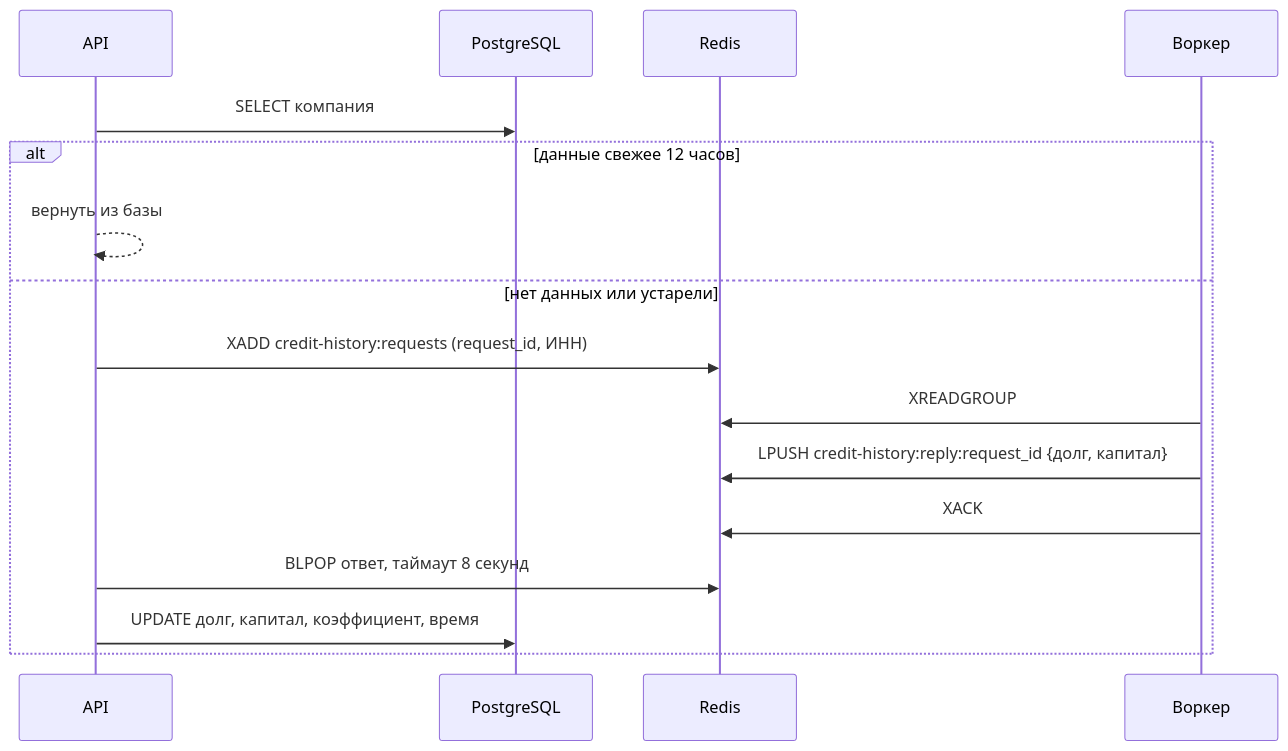
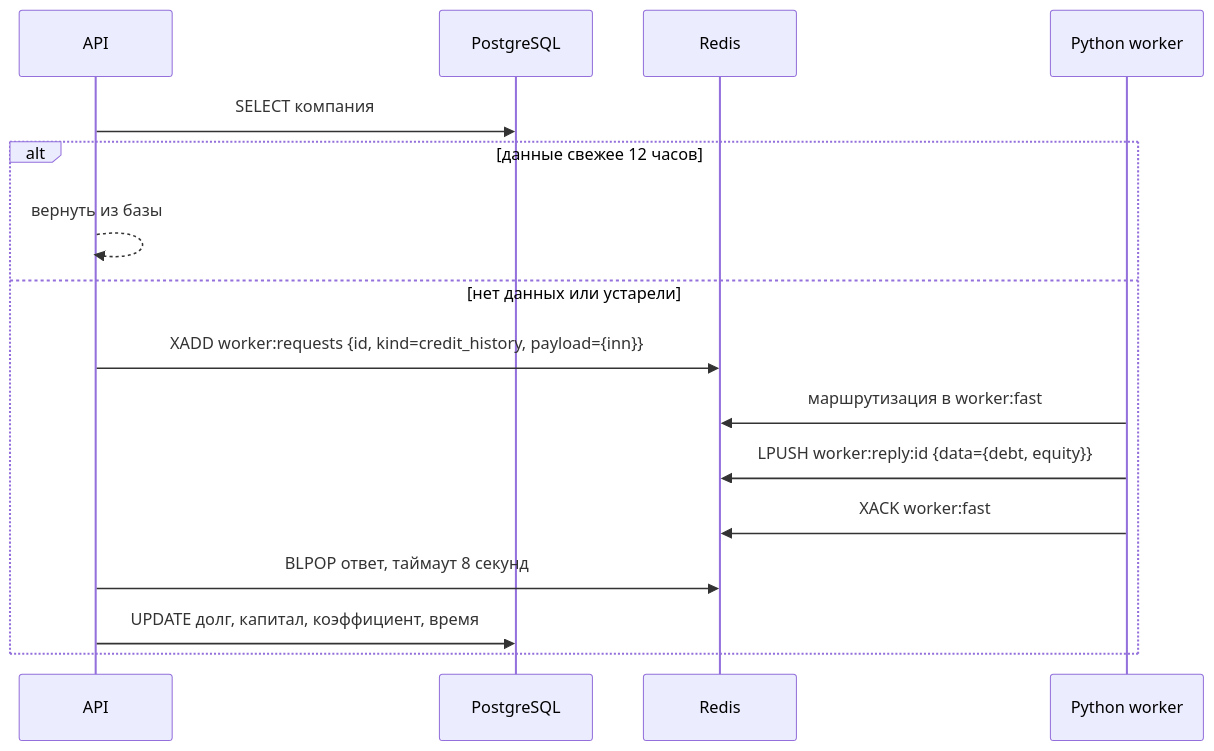
One commit to rudast/alpha-hack-2026 changed the third of 3 diagrams in docs/architecture.md. Above: the diagram before and after it, drawn with Mermaid. The commit also changed other lines of this file and 27 other files, not shown here.

First line of the commit message:
feat(worker): move processing to Python

````diff
--- a/docs/architecture.md
+++ b/docs/architecture.md
@@ -90,19 +98,19 @@
 ```mermaid
 sequenceDiagram
     participant A as API
     participant DB as PostgreSQL
     participant R as Redis
-    participant W as Воркер
+    participant W as Python worker
 
     A->>DB: SELECT компания
     alt данные свежее 12 часов
         A-->>A: вернуть из базы
     else нет данных или устарели
-        A->>R: XADD credit-history:requests (request_id, ИНН)
-        W->>R: XREADGROUP
-        W->>R: LPUSH credit-history:reply:request_id {долг, капитал}
-        W->>R: XACK
+        A->>R: XADD worker:requests {id, kind=credit_history, payload={inn}}
+        W->>R: маршрутизация в worker:fast
+        W->>R: LPUSH worker:reply:id {data={debt, equity}}
+        W->>R: XACK worker:fast
         A->>R: BLPOP ответ, таймаут 8 секунд
         A->>DB: UPDATE долг, капитал, коэффициент, время
     end
 ```
````
